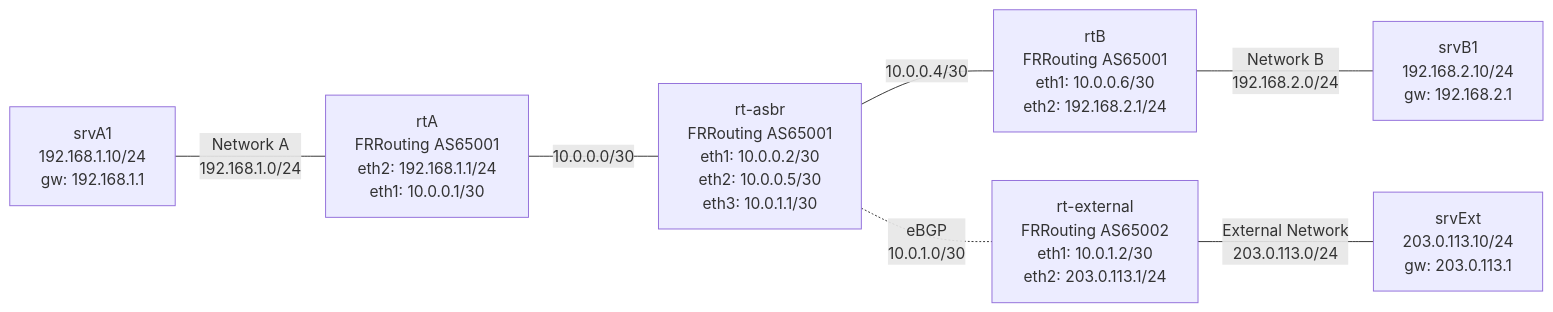
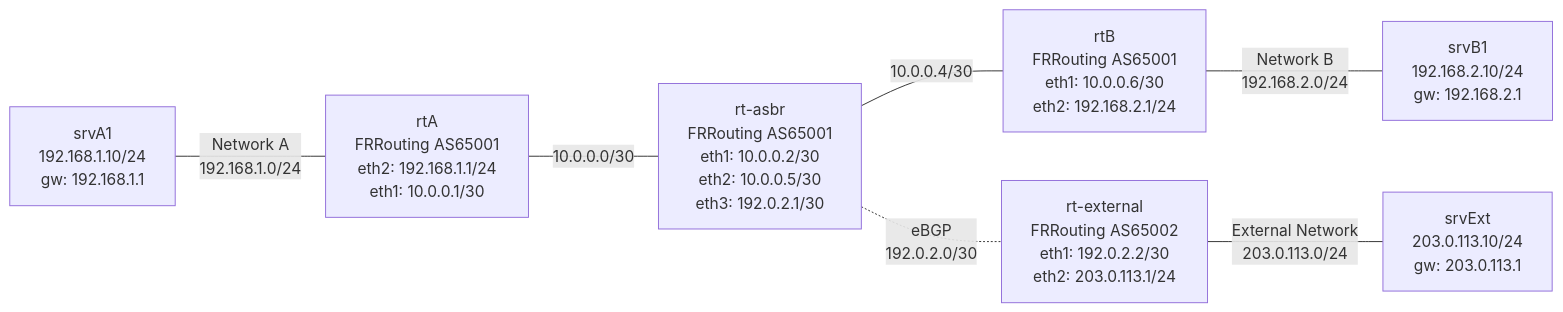
The diagram in DESIGN.md (azuki774/network-training), drawn with Mermaid before and after one commit. The commit also changed other lines of this file and 4 other files, not shown here.

````diff
--- a/DESIGN.md
+++ b/DESIGN.md
@@ -5,17 +5,17 @@
 ```mermaid
 graph LR
     srvA1["srvA1<br/>192.168.1.10/24<br/>gw: 192.168.1.1"]
     rtA["rtA<br/>FRRouting AS65001<br/>eth2: 192.168.1.1/24<br/>eth1: 10.0.0.1/30"]
-    rtASBR["rt-asbr<br/>FRRouting AS65001<br/>eth1: 10.0.0.2/30<br/>eth2: 10.0.0.5/30<br/>eth3: 10.0.1.1/30"]
+    rtASBR["rt-asbr<br/>FRRouting AS65001<br/>eth1: 10.0.0.2/30<br/>eth2: 10.0.0.5/30<br/>eth3: 192.0.2.1/30"]
     rtB["rtB<br/>FRRouting AS65001<br/>eth1: 10.0.0.6/30<br/>eth2: 192.168.2.1/24"]
     srvB1["srvB1<br/>192.168.2.10/24<br/>gw: 192.168.2.1"]
-    rtExt["rt-external<br/>FRRouting AS65002<br/>eth1: 10.0.1.2/30<br/>eth2: 203.0.113.1/24"]
+    rtExt["rt-external<br/>FRRouting AS65002<br/>eth1: 192.0.2.2/30<br/>eth2: 203.0.113.1/24"]
     srvExt["srvExt<br/>203.0.113.10/24<br/>gw: 203.0.113.1"]
 
     srvA1 -- "Network A<br/>192.168.1.0/24" --- rtA
     rtA -- "10.0.0.0/30" --- rtASBR
     rtASBR -- "10.0.0.4/30" --- rtB
     rtB -- "Network B<br/>192.168.2.0/24" --- srvB1
-    rtASBR -. "eBGP<br/>10.0.1.0/30" .- rtExt
+    rtASBR -. "eBGP<br/>192.0.2.0/30" .- rtExt
     rtExt -- "External Network<br/>203.0.113.0/24" --- srvExt
 ```
````
